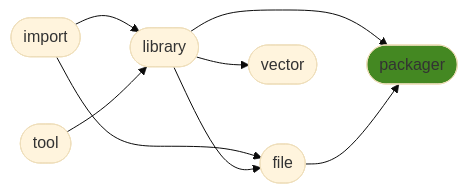
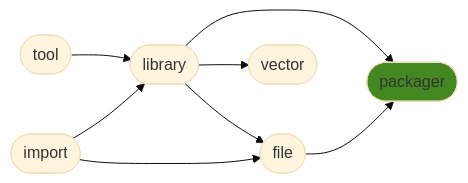
Before and after one commit to ManderaGeneral/generalpackager: the diagram in README.md, drawn with Mermaid (base theme). The commit also changed other lines of this file, not shown here.

````diff
--- a/README.md
+++ b/README.md
@@ -24,17 +24,17 @@
 ```mermaid
 flowchart LR
 2([library]) --> 5([packager])
+3([file]) --> 5([packager])
+1([tool]) --> 2([library])
+0([import]) --> 2([library])
 0([import]) --> 3([file])
 2([library]) --> 4([vector])
-0([import]) --> 2([library])
-1([tool]) --> 2([library])
 2([library]) --> 3([file])
-3([file]) --> 5([packager])
 click 0 "https://github.com/ManderaGeneral/generalimport"
 click 1 "https://github.com/ManderaGeneral/generaltool"
 click 2 "https://github.com/ManderaGeneral/generallibrary"
 click 3 "https://github.com/ManderaGeneral/generalfile"
 click 4 "https://github.com/ManderaGeneral/generalvector"
 click 5 "https://github.com/ManderaGeneral/generalpackager"
 style 5 fill:#482
 ```
````
